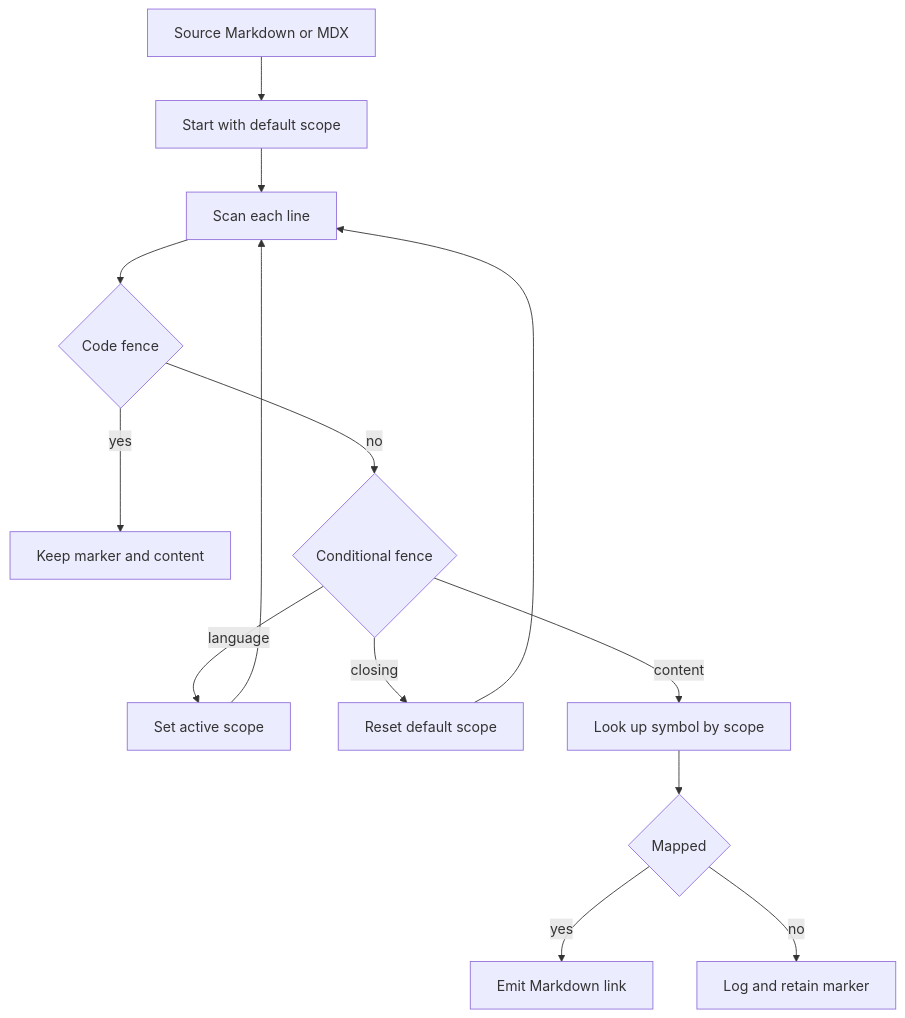
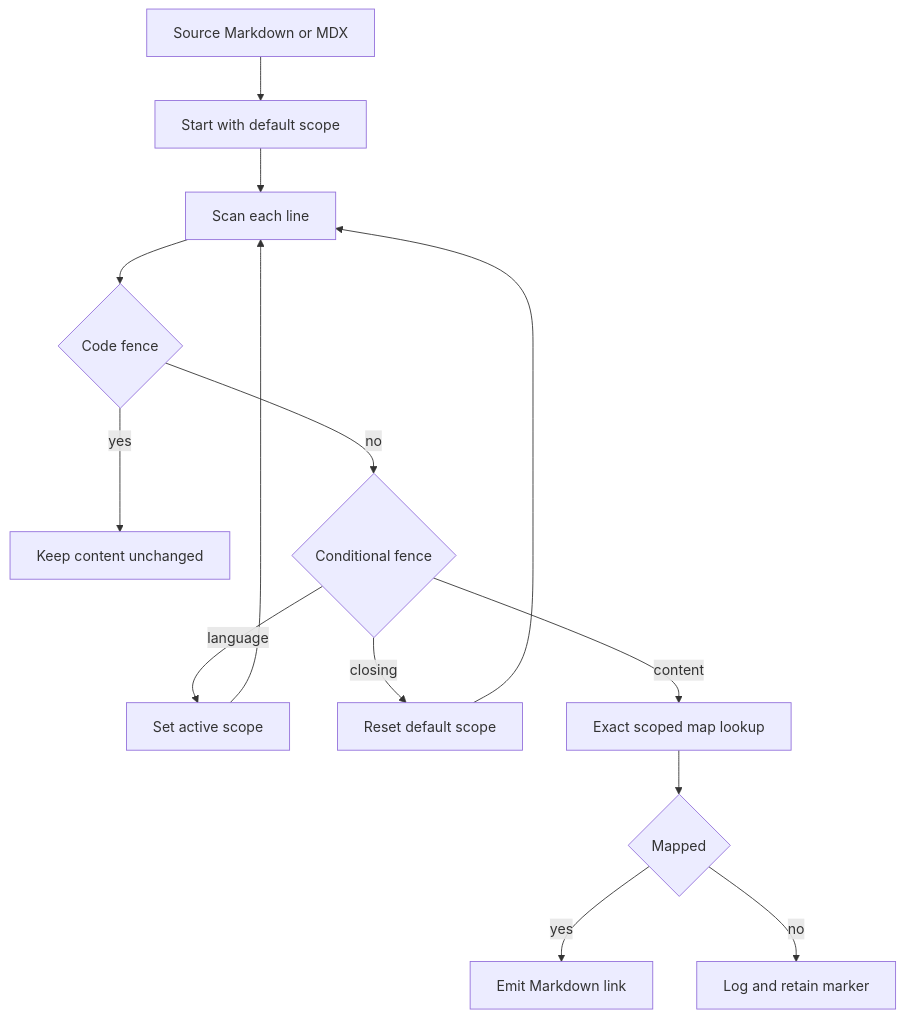
One commit to langchain-ai/docs changed the diagram in openwiki/operations/cross-references.md. Above: the diagram before and after it, drawn with Mermaid. The commit also changed other lines of this file and 25 other files, not shown here.

````diff
--- a/openwiki/operations/cross-references.md
+++ b/openwiki/operations/cross-references.md
@@ -68,16 +74,16 @@
 ```mermaid
 flowchart TD
-    Input["Source Markdown or MDX"] --> Scope["Start with default scope"]
-    Scope --> Scan["Scan each line"]
+    Input["Source Markdown or MDX"] --> Initial["Start with default scope"]
+    Initial --> Scan["Scan each line"]
     Scan --> Code{"Code fence"}
-    Code -->|"yes"| Preserve["Keep marker and content"]
+    Code -->|"yes"| Preserve["Keep content unchanged"]
     Code -->|"no"| Conditional{"Conditional fence"}
     Conditional -->|"language"| SetScope["Set active scope"]
     Conditional -->|"closing"| Reset["Reset default scope"]
-    Conditional -->|"content"| Lookup["Look up symbol by scope"]
+    Conditional -->|"content"| Lookup["Exact scoped map lookup"]
     SetScope --> Scan
     Reset --> Scan
     Lookup --> Found{"Mapped"}
     Found -->|"yes"| Link["Emit Markdown link"]
     Found -->|"no"| Literal["Log and retain marker"]
 ```
````
